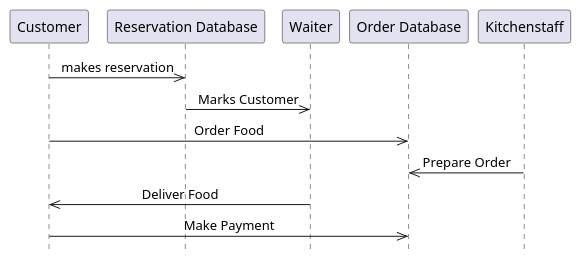
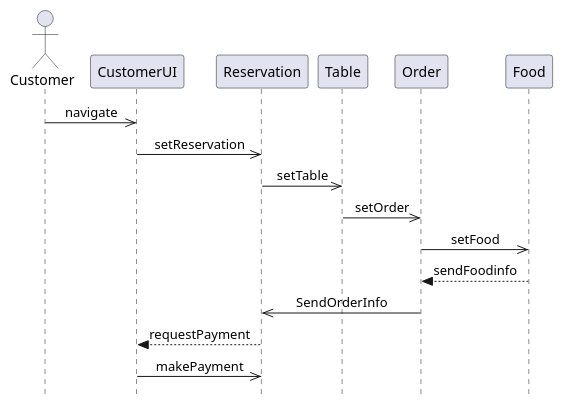
Before and after one commit to dashingzombie/UML: the diagram in Sequence1.plantuml, drawn with PlantUML. The commit also changed 4 other files, not shown here.

Commit message:
sequence

```diff
--- a/Sequence1.plantuml
+++ b/Sequence1.plantuml
@@ -1,19 +1,25 @@
 @startuml
 
 skinparam Style strictuml
 skinparam SequenceMessageAlignment center
 
-"Customer" ->> "Reservation Database" : makes reservation
+actor Customer as Cm
 
-"Reservation Database" ->> "Waiter" : Marks Customer
+Cm ->> CustomerUI : navigate
 
-Customer ->> "Order Database" : Order Food
+CustomerUI ->> Reservation : setReservation
 
-Kitchenstaff ->> "Order Database" :Prepare Order
+Reservation ->> Table : setTable
 
-Waiter ->> Customer : Deliver Food
+Table ->> Order : setOrder
 
-Customer ->> "Order Database" : Make Payment
+Order ->> Food : setFood
 
+Food --> Order : sendFoodinfo
 
+Order ->> Reservation :SendOrderInfo
+
+Reservation --> CustomerUI : requestPayment
+
+CustomerUI ->> Reservation : makePayment
 @enduml
```
